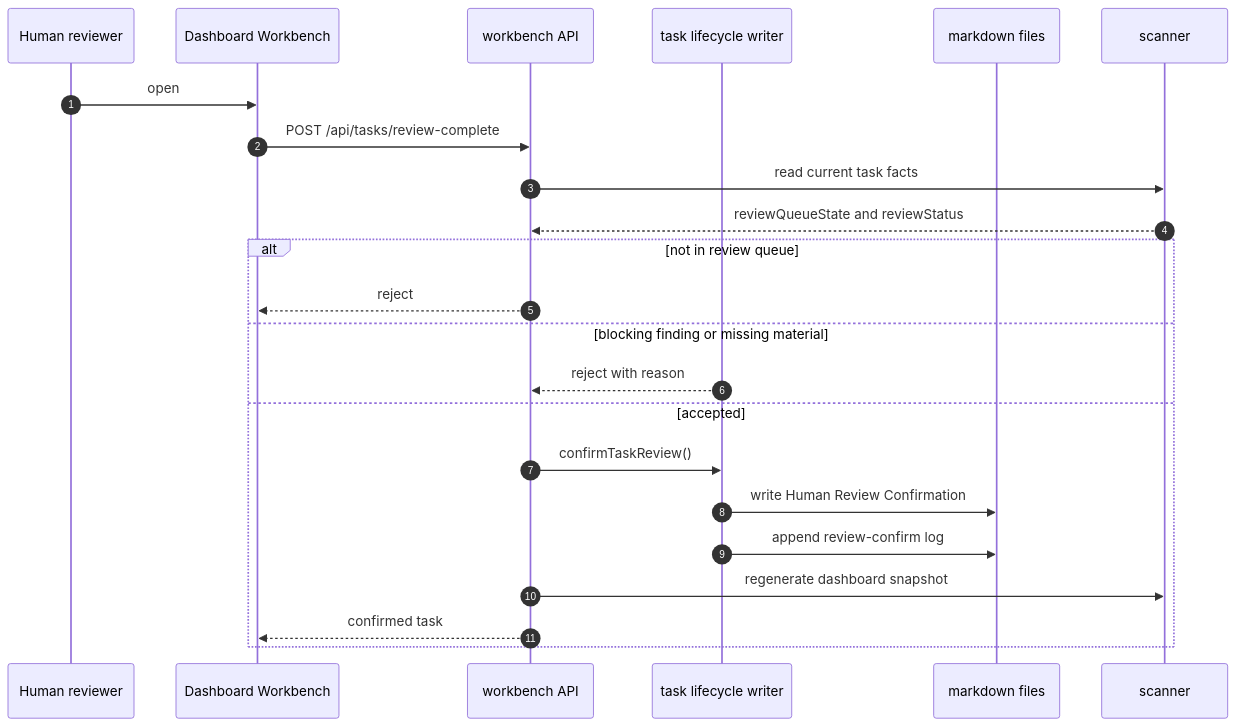
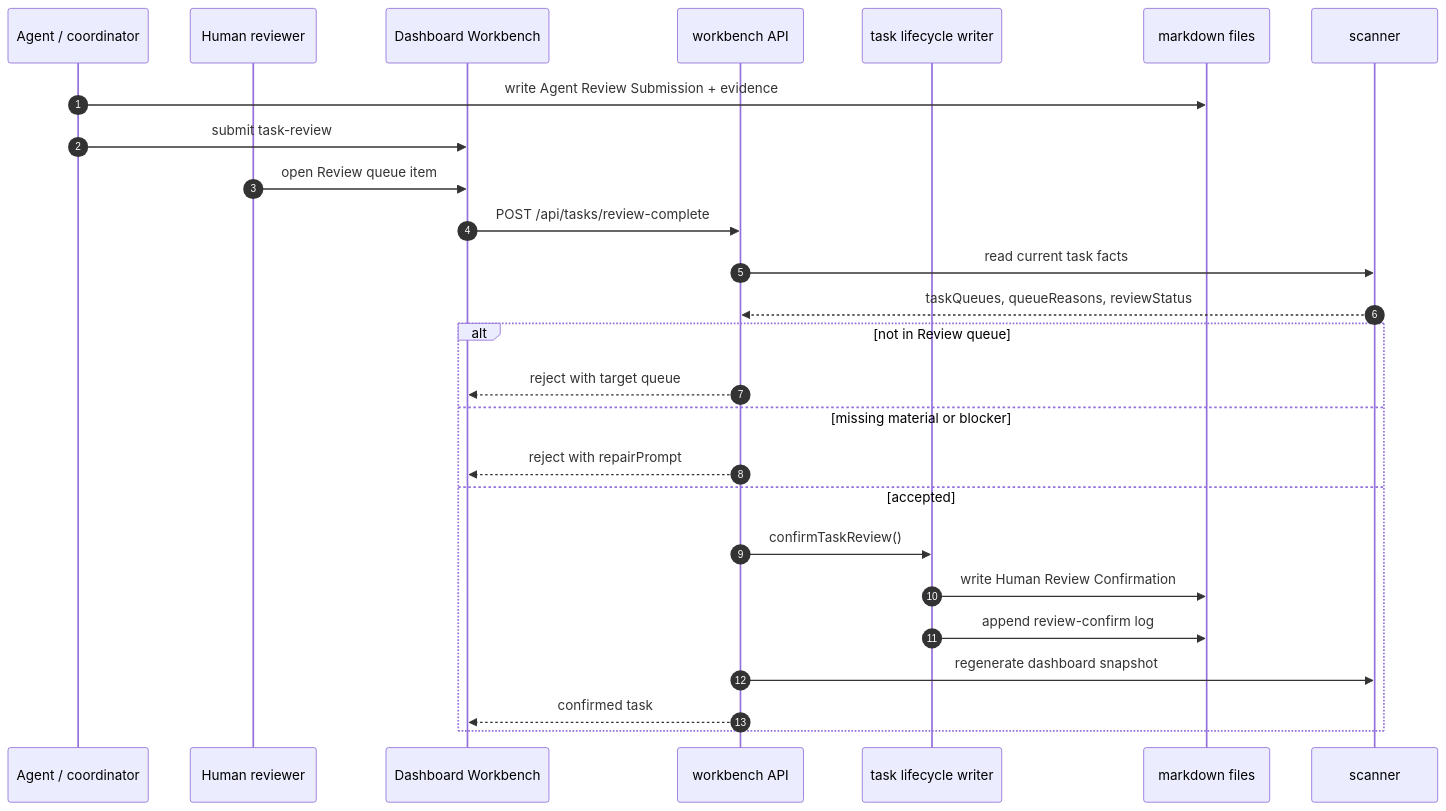
Before and after one commit to FairladyZ625/coding-agent-harness: the fourth of 4 diagrams in docs-release/guides/task-state-machine.en-US.md, drawn with Mermaid. The commit also changed other lines of this file and 29 other files, not shown here.

Commit message:
Implement lifecycle queue control plane

````diff
--- a/docs-release/guides/task-state-machine.en-US.md
+++ b/docs-release/guides/task-state-machine.en-US.md
@@ -120,26 +134,29 @@
 ```mermaid
 sequenceDiagram
   autonumber
+  participant Agent as Agent / coordinator
   participant Human as Human reviewer
   participant UI as Dashboard Workbench
   participant API as workbench API
   participant Lifecycle as task lifecycle writer
   participant Docs as markdown files
   participant Scanner as scanner
 
-  Human->>UI: open #/review/:taskId
+  Agent->>Docs: write Agent Review Submission + evidence
+  Agent->>UI: submit task-review
+  Human->>UI: open Review queue item
   UI->>API: POST /api/tasks/review-complete
   API->>Scanner: read current task facts
-  Scanner-->>API: reviewQueueState and reviewStatus
-  alt not in review queue
-    API-->>UI: reject
-  else blocking finding or missing material
-    Lifecycle-->>API: reject with reason
+  Scanner-->>API: taskQueues, queueReasons, reviewStatus
+  alt not in Review queue
+    API-->>UI: reject with target queue
+  else missing material or blocker
+    API-->>UI: reject with repairPrompt
   else accepted
     API->>Lifecycle: confirmTaskReview()
     Lifecycle->>Docs: write Human Review Confirmation
     Lifecycle->>Docs: append review-confirm log
     API->>Scanner: regenerate dashboard snapshot
     API-->>UI: confirmed task
   end
 ```
````
